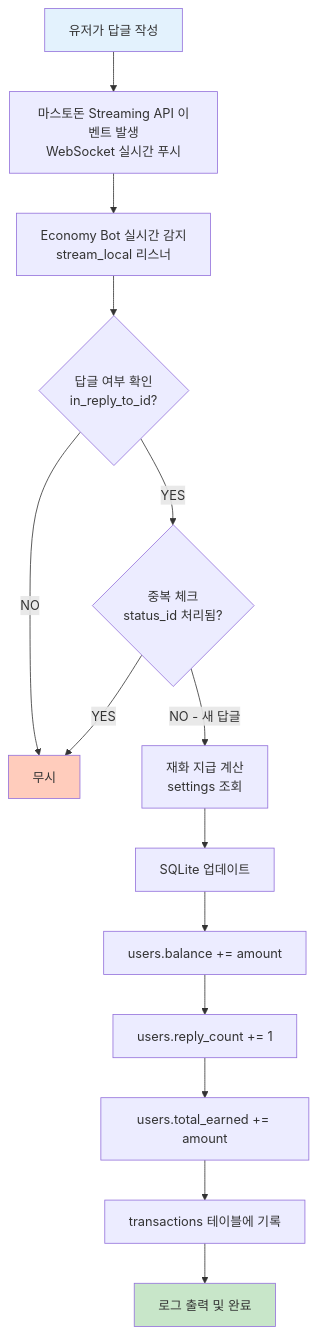
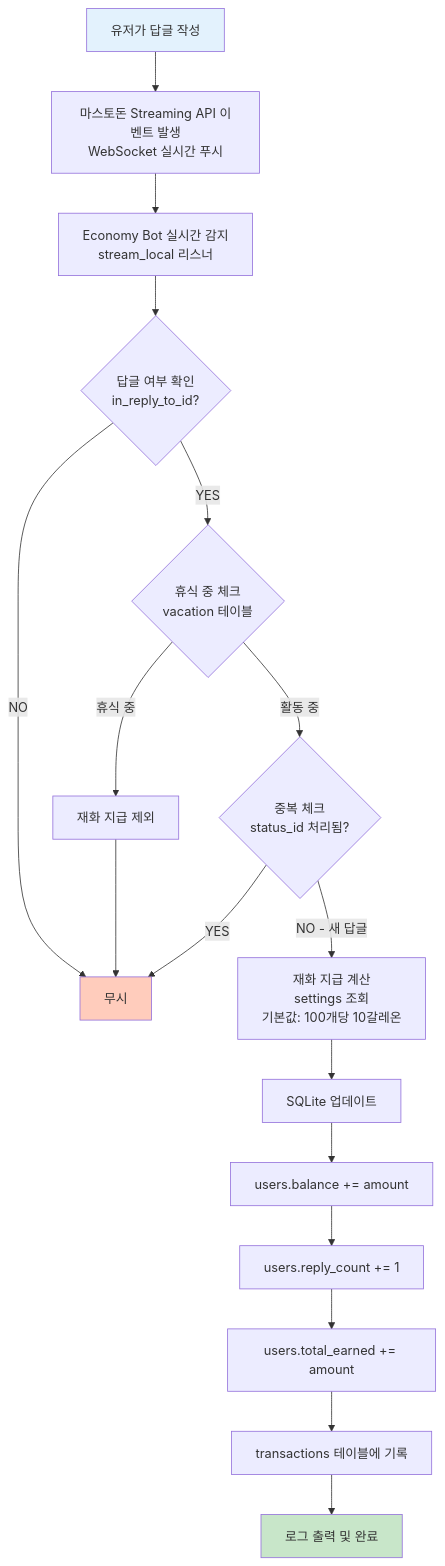
The third of 5 diagrams in docs/ARCHITECTURE.md (NinoNinoNinoling/commumanager), drawn with Mermaid before and after one commit. The commit also changed other lines of this file and 3 other files, not shown here.

````diff
--- a/docs/ARCHITECTURE.md
+++ b/docs/ARCHITECTURE.md
@@ -170,20 +197,23 @@
 ```mermaid
 flowchart TD
     A[유저가 답글 작성] --> B[마스토돈 Streaming API 이벤트 발생<br/>WebSocket 실시간 푸시]
     B --> C[Economy Bot 실시간 감지<br/>stream_local 리스너]
     C --> D{답글 여부 확인<br/>in_reply_to_id?}
     D -->|NO| Z[무시]
-    D -->|YES| E{중복 체크<br/>status_id 처리됨?}
+    D -->|YES| D1{휴식 중 체크<br/>vacation 테이블}
+    D1 -->|휴식 중| Z1[재화 지급 제외]
+    D1 -->|활동 중| E{중복 체크<br/>status_id 처리됨?}
     E -->|YES| Z
-    E -->|NO - 새 답글| F[재화 지급 계산<br/>settings 조회]
+    E -->|NO - 새 답글| F[재화 지급 계산<br/>settings 조회<br/>기본값: 100개당 10갈레온]
     F --> G[SQLite 업데이트]
+    Z1 --> Z
     G --> G1[users.balance += amount]
     G1 --> G2[users.reply_count += 1]
     G2 --> G3[users.total_earned += amount]
     G3 --> G4[transactions 테이블에 기록]
     G4 --> H[로그 출력 및 완료]
 
     style A fill:#e3f2fd
     style H fill:#c8e6c9
     style Z fill:#ffccbc
 ```
````
